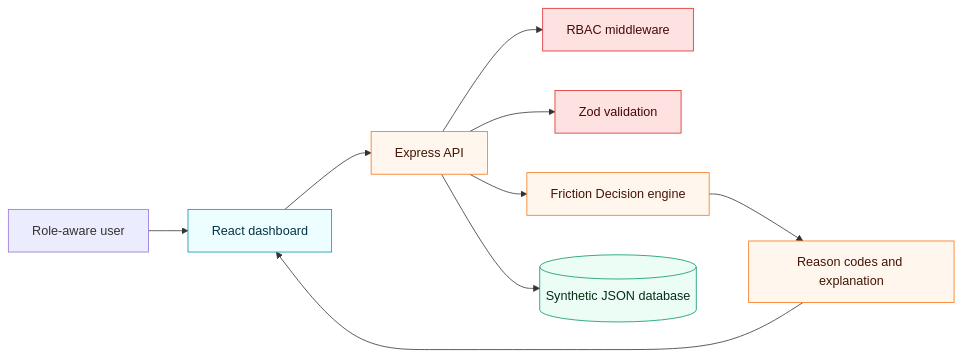
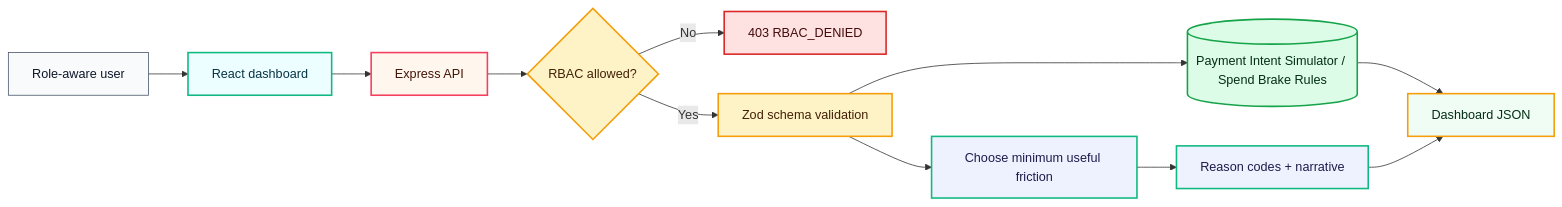
The second of 4 diagrams in docs/DIAGRAMS.md (jprbom/upi-cognitive-spend-brake), drawn with Mermaid before and after one commit. The commit also changed other lines of this file and 6 other files, not shown here.

```diff
--- a/docs/DIAGRAMS.md
+++ b/docs/DIAGRAMS.md
@@ -5,19 +31,22 @@
 ~~~mermaid
 flowchart LR
-  User["Role-aware user"] --> UI["React dashboard"]
-  UI --> API["Express API"]
-  API --> RBAC["RBAC middleware"]
-  API --> VALID["Zod validation"]
-  API --> ENGINE["Friction Decision engine"]
-  API --> DB[("Synthetic JSON database")]
-  ENGINE --> EXPLAIN["Reason codes and explanation"]
-  EXPLAIN --> UI
-  classDef ui fill:#ecfeff,stroke:#0891b2,color:#083344
-  classDef api fill:#fff7ed,stroke:#f97316,color:#431407
-  classDef sec fill:#fee2e2,stroke:#dc2626,color:#450a0a
-  classDef data fill:#ecfdf5,stroke:#059669,color:#052e16
-  class UI ui
-  class API,ENGINE,EXPLAIN api
-  class RBAC,VALID sec
-  class DB data
+  User["Role-aware user"]:::user --> UI["React dashboard"]:::ui
+  UI --> API["Express API"]:::api
+  API --> Guard{"RBAC allowed?"}:::guard
+  Guard -- "No" --> Deny["403 RBAC_DENIED"]:::deny
+  Guard -- "Yes" --> Validate["Zod schema validation"]:::guard
+  Validate --> Store[("Payment Intent Simulator / Spend Brake Rules")]:::data
+  Validate --> Engine["Choose minimum useful friction"]:::model
+  Store --> Response["Dashboard JSON"]:::output
+  Engine --> Explain["Reason codes + narrative"]:::model
+  Explain --> Response
+
+  classDef user fill:#f8fafc,stroke:#475569,color:#0f172a
+  classDef ui fill:#ecfeff,stroke:#10b981,stroke-width:2px,color:#083344
+  classDef api fill:#fff7ed,stroke:#f43f5e,stroke-width:2px,color:#431407
+  classDef guard fill:#fef3c7,stroke:#f59e0b,stroke-width:2px,color:#422006
+  classDef deny fill:#fee2e2,stroke:#dc2626,stroke-width:2px,color:#450a0a
+  classDef data fill:#dcfce7,stroke:#16a34a,stroke-width:2px,color:#052e16
+  classDef model fill:#eef2ff,stroke:#10b981,stroke-width:2px,color:#1e1b4b
+  classDef output fill:#f0fdf4,stroke:#f59e0b,stroke-width:2px,color:#052e16
 ~~~
```
